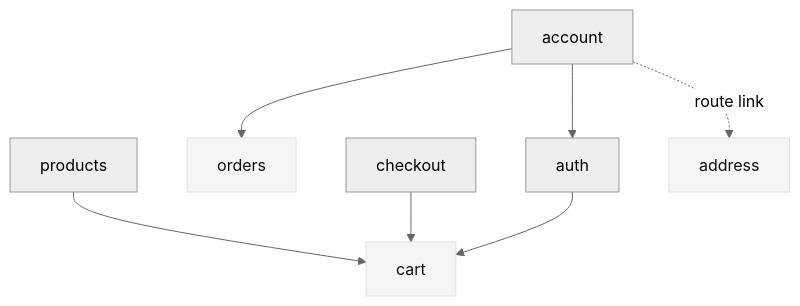
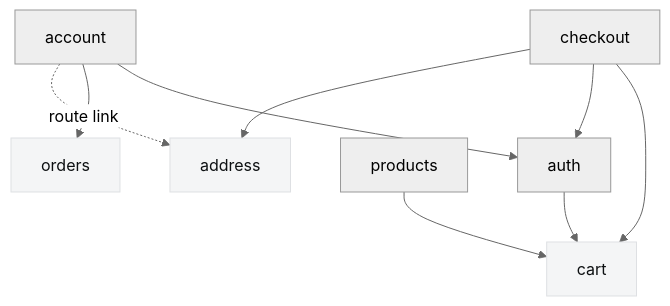
The diagram in docs/adr/0020-store-feature-graph-is-acyclic.md (wildcant/proteus), drawn with Mermaid (neutral theme) before and after one commit. The commit also changed other lines of this file and 81 other files, not shown here.

````diff
--- a/docs/adr/0020-store-feature-graph-is-acyclic.md
+++ b/docs/adr/0020-store-feature-graph-is-acyclic.md
@@ -41,12 +41,14 @@
 ```mermaid
 graph TD
   account --> auth
   account --> orders
   products --> cart
   checkout --> cart
+  checkout --> auth
+  checkout --> address
   auth --> cart
   account -. route link .-> address
 
   classDef leaf fill:#f4f5f6,stroke:#dee0e3,color:#0d1012
   class cart,orders,address leaf
 ```
````
